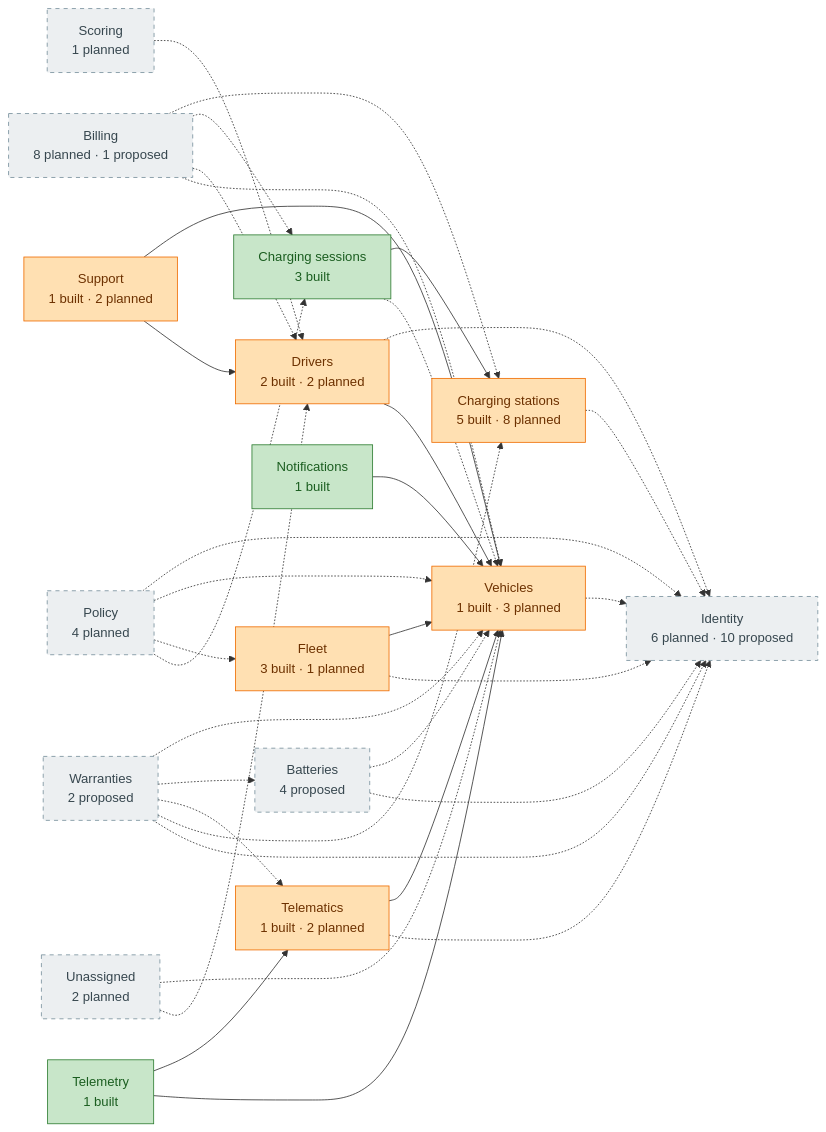
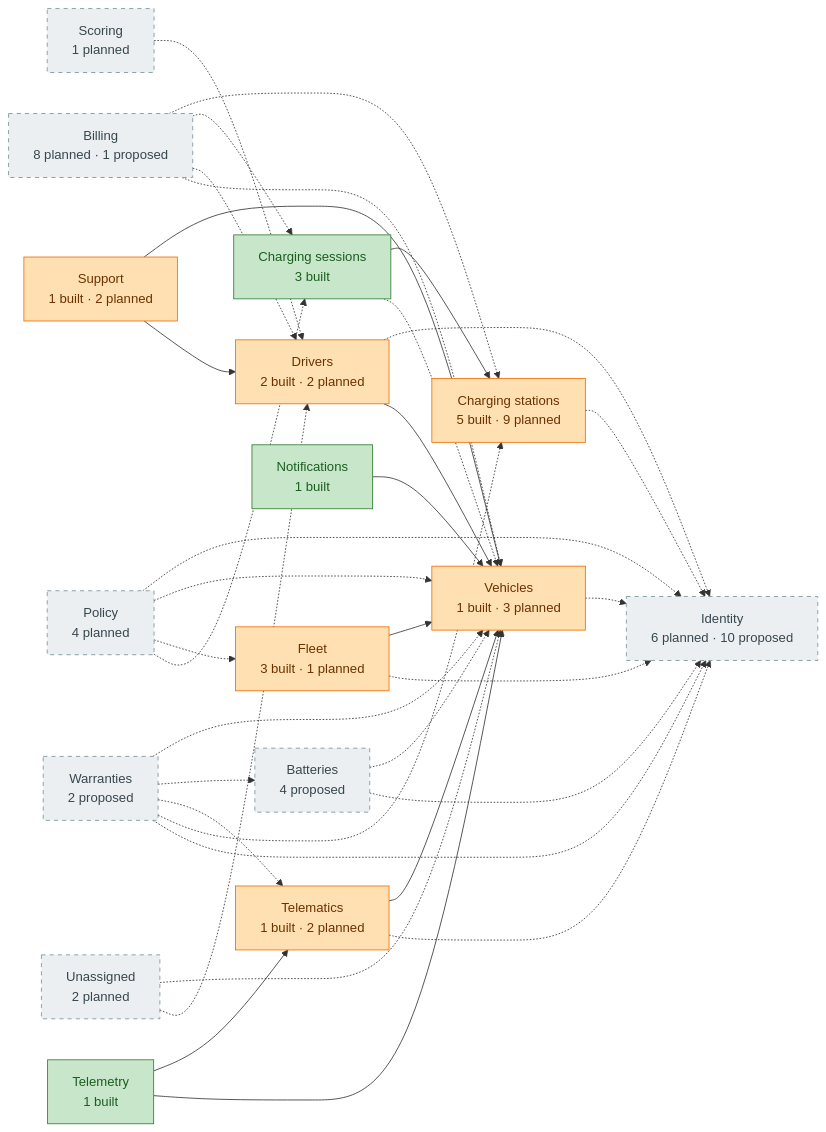
One commit to yolo-coccoc/G3Network-app changed the diagram in docs/design/domain-model/overview.md. Above: the diagram before and after it, drawn with Mermaid. The commit also changed other lines of this file and 13 other files, not shown here.

````diff
--- a/docs/design/domain-model/overview.md
+++ b/docs/design/domain-model/overview.md
@@ -28,55 +28,55 @@
 ```mermaid
 flowchart LR
   identity["Identity<br/>6 planned · 10 proposed"]:::planned
   vehicles["Vehicles<br/>1 built · 3 planned"]:::partial
   batteries["Batteries<br/>4 proposed"]:::planned
   warranties["Warranties<br/>2 proposed"]:::planned
   telematics["Telematics<br/>1 built · 2 planned"]:::partial
   telemetry["Telemetry<br/>1 built"]:::built
   drivers["Drivers<br/>2 built · 2 planned"]:::partial
   fleet["Fleet<br/>3 built · 1 planned"]:::partial
-  charging_stations["Charging stations<br/>5 built · 8 planned"]:::partial
+  charging_stations["Charging stations<br/>5 built · 9 planned"]:::partial
   charging_sessions["Charging sessions<br/>3 built"]:::built
   notifications["Notifications<br/>1 built"]:::built
   support["Support<br/>1 built · 2 planned"]:::partial
   policy["Policy<br/>4 planned"]:::planned
   billing["Billing<br/>8 planned · 1 proposed"]:::planned
   scoring["Scoring<br/>1 planned"]:::planned
   unassigned["Unassigned<br/>2 planned"]:::planned
   batteries -.-> vehicles
   warranties -.-> vehicles
   warranties -.-> batteries
   warranties -.-> telematics
   warranties -.-> charging_stations
   telematics --> vehicles
   telemetry --> telematics
   telemetry --> vehicles
   drivers -.-> identity
   drivers --> vehicles
   fleet --> vehicles
   fleet -.-> identity
   charging_stations -.-> identity
   charging_sessions --> charging_stations
   charging_sessions -.-> vehicles
   notifications --> vehicles
   support --> vehicles
   support --> drivers
   policy -.-> identity
   policy -.-> vehicles
   policy -.-> fleet
   policy -.-> charging_sessions
   billing -.-> charging_stations
   billing -.-> charging_sessions
   billing -.-> drivers
   billing -.-> vehicles
   scoring -.-> drivers
   unassigned -.-> vehicles
   unassigned -.-> drivers
   vehicles -.-> identity
   batteries -.-> identity
   warranties -.-> identity
   telematics -.-> identity
   classDef built fill:#C8E6C9,stroke:#2E7D32,color:#1B5E20
   classDef partial fill:#FFE0B2,stroke:#EF6C00,color:#6D3100
   classDef planned fill:#ECEFF1,stroke:#78909C,color:#37474F,stroke-dasharray:5 5
 ```
````
